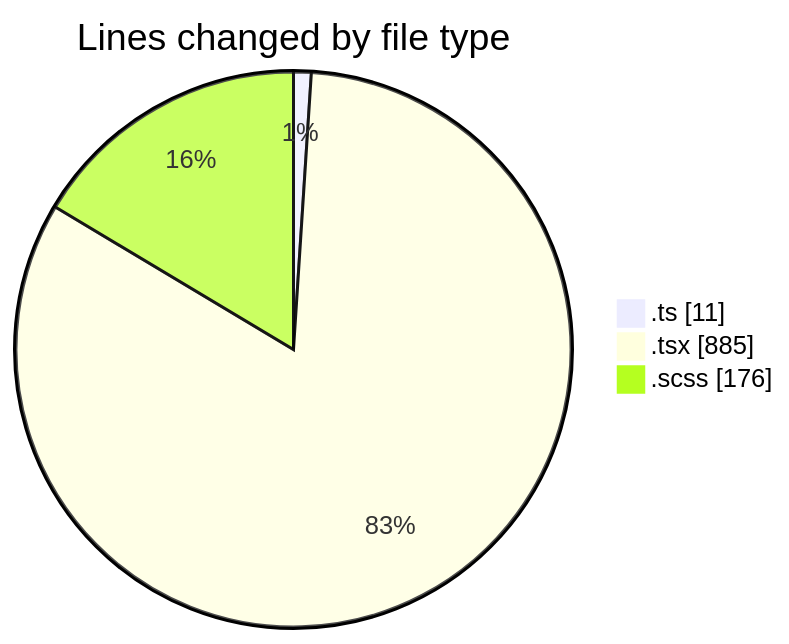
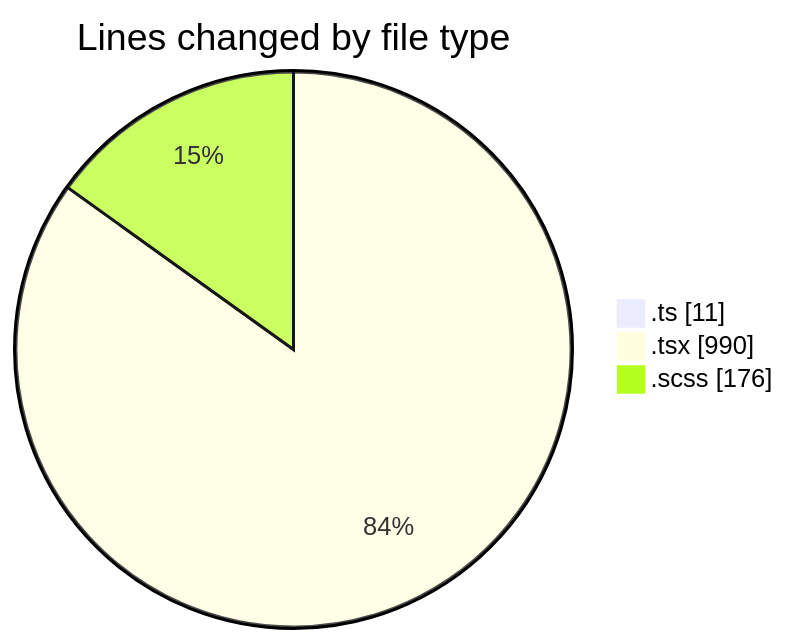
One commit to momahboobian/code-tracking changed the first of 2 diagrams in 2025-03-21/cda/README.md. Above: the diagram before and after it, drawn with Mermaid. The commit also changed other lines of this file and 1 other file, not shown here.

````diff
--- a/2025-03-21/cda/README.md
+++ b/2025-03-21/cda/README.md
@@ -27,7 +28,7 @@
 ```mermaid
 pie showData
 title Lines changed by file type
 ".ts" : 11
-".tsx" : 885
+".tsx" : 990
 ".scss" : 176
 ```
````
